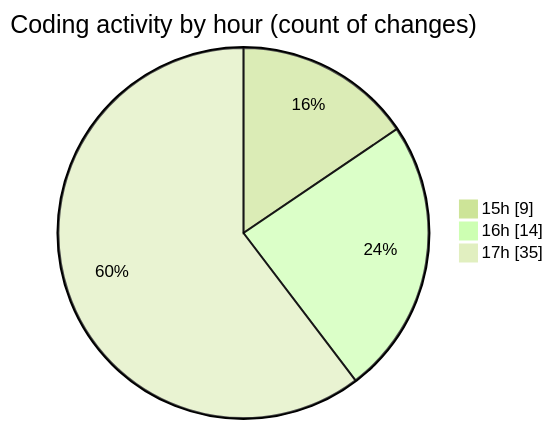
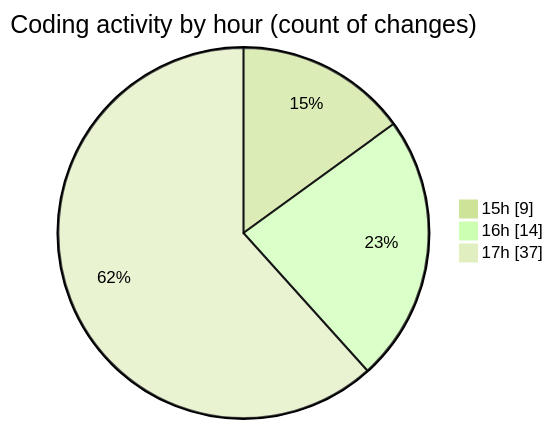
The second of 2 diagrams in 2026-06-30/wp-content/README.md (debugP/code-tracking), drawn with Mermaid (forest theme) before and after one commit. The commit also changed other lines of this file and 1 other file, not shown here.

````diff
--- a/2026-06-30/wp-content/README.md
+++ b/2026-06-30/wp-content/README.md
@@ -49,7 +50,7 @@
 ```mermaid
 pie showData
 title Coding activity by hour (count of changes)
 "15h" : 9
 "16h" : 14
-"17h" : 35
+"17h" : 37
 ```
````
